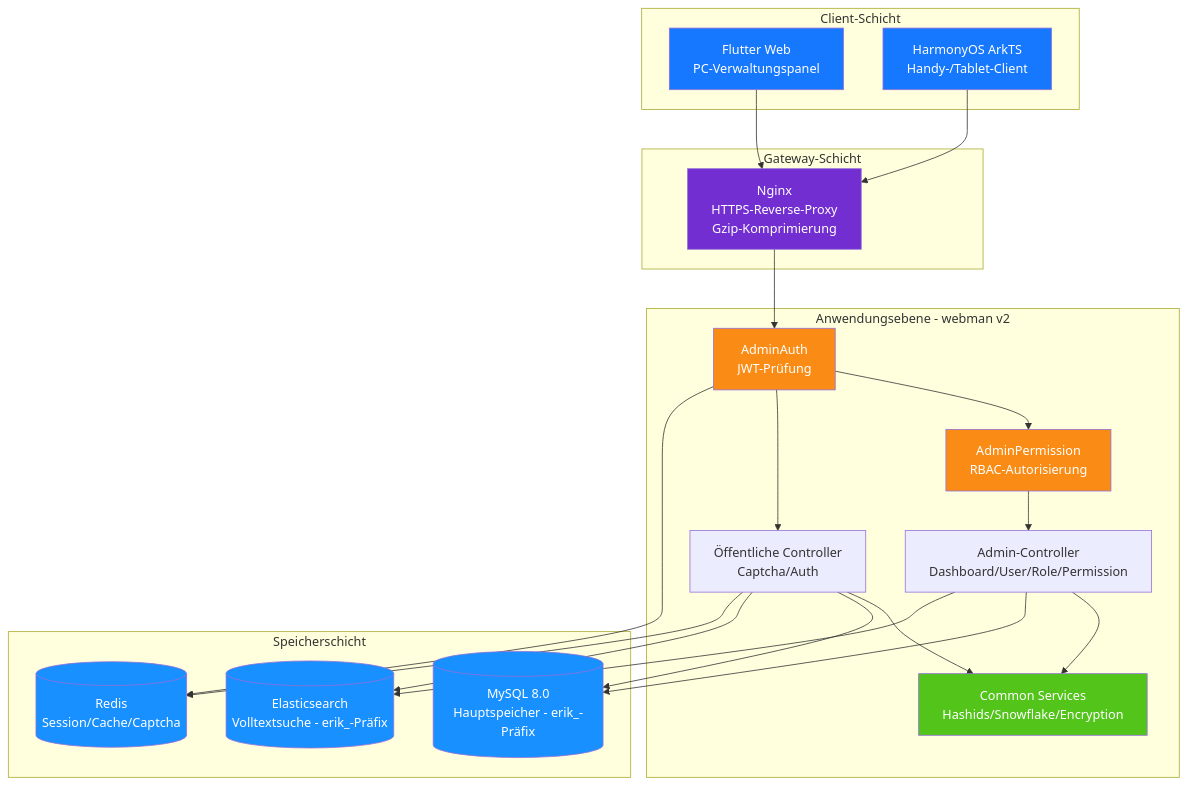
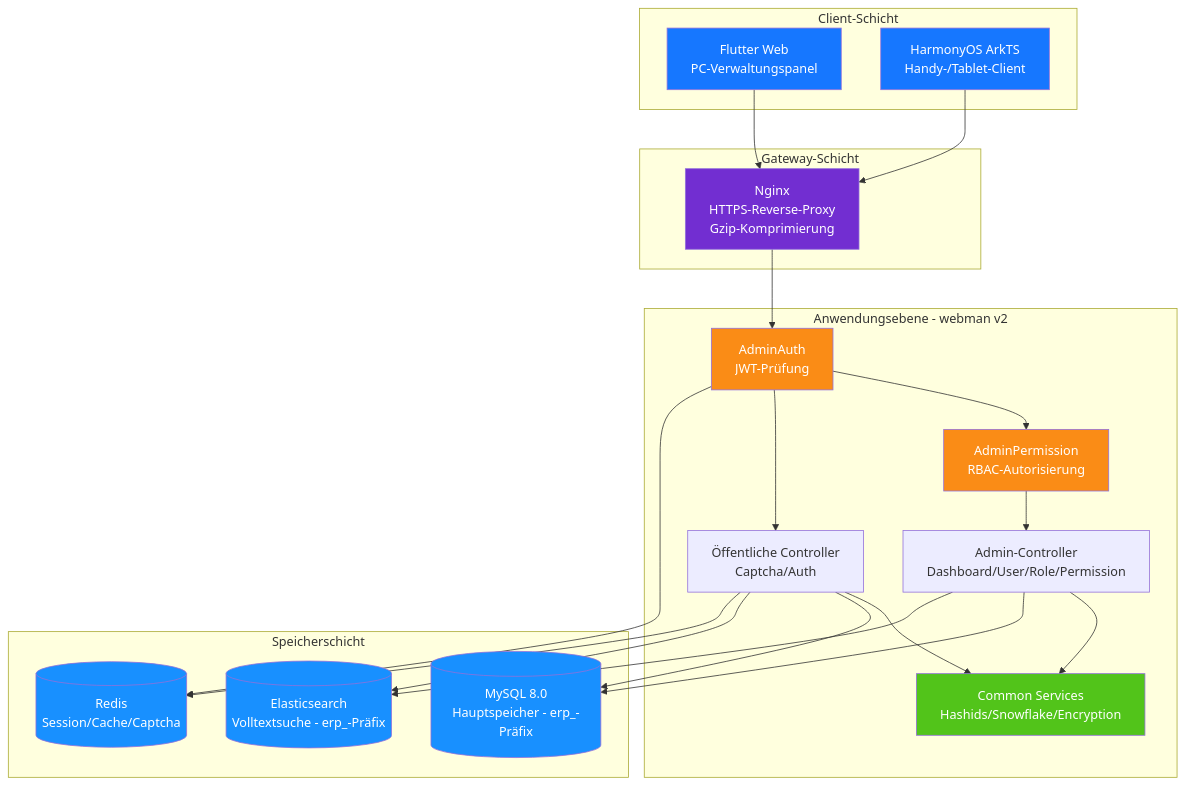
The diagram in docs/i18n/de/diagrams/01-system-architecture.md (erikwang2013/erp-php), drawn with Mermaid before and after one commit. The commit also changed 449 other files, not shown here.

First line of the commit message:
全局命名统一：数据库 erp、表前缀 erp_、Redis 前缀 erp:（原 erik_/open_admin）

````diff
--- a/docs/i18n/de/diagrams/01-system-architecture.md
+++ b/docs/i18n/de/diagrams/01-system-architecture.md
@@ -3,50 +3,50 @@
 ```mermaid
 flowchart TB
     subgraph clients["Client-Schicht"]
         flutter["Flutter Web<br/>PC-Verwaltungspanel"]
         harmony["HarmonyOS ArkTS<br/>Handy-/Tablet-Client"]
     end
 
     subgraph gateway["Gateway-Schicht"]
         nginx["Nginx<br/>HTTPS-Reverse-Proxy<br/>Gzip-Komprimierung"]
     end
 
     subgraph app["Anwendungsebene - webman v2"]
         auth["AdminAuth<br/>JWT-Prüfung"]
         perm["AdminPermission<br/>RBAC-Autorisierung"]
         admin["Admin-Controller<br/>Dashboard/User/Role/Permission"]
         public["Öffentliche Controller<br/>Captcha/Auth"]
         common["Common Services<br/>Hashids/Snowflake/Encryption"]
     end
 
     subgraph storage["Speicherschicht"]
-        mysql[("MySQL 8.0<br/>Hauptspeicher - erik_-Präfix")]
-        es[("Elasticsearch<br/>Volltextsuche - erik_-Präfix")]
+        mysql[("MySQL 8.0<br/>Hauptspeicher - erp_-Präfix")]
+        es[("Elasticsearch<br/>Volltextsuche - erp_-Präfix")]
         redis[("Redis<br/>Session/Cache/Captcha")]
     end
 
     flutter --> nginx
     harmony --> nginx
     nginx --> auth
     auth --> perm
     perm --> admin
     auth --> public
     admin --> common
     public --> common
     admin --> mysql
     public --> mysql
     admin --> es
     public --> es
     auth --> redis
     public --> redis
 
     style flutter fill:#1677FF,color:#fff
     style harmony fill:#1677FF,color:#fff
     style nginx fill:#722ED1,color:#fff
     style auth fill:#FA8C16,color:#fff
     style perm fill:#FA8C16,color:#fff
     style common fill:#52C41A,color:#fff
     style mysql fill:#1890FF,color:#fff
     style es fill:#1890FF,color:#fff
     style redis fill:#1890FF,color:#fff
 ```
````
